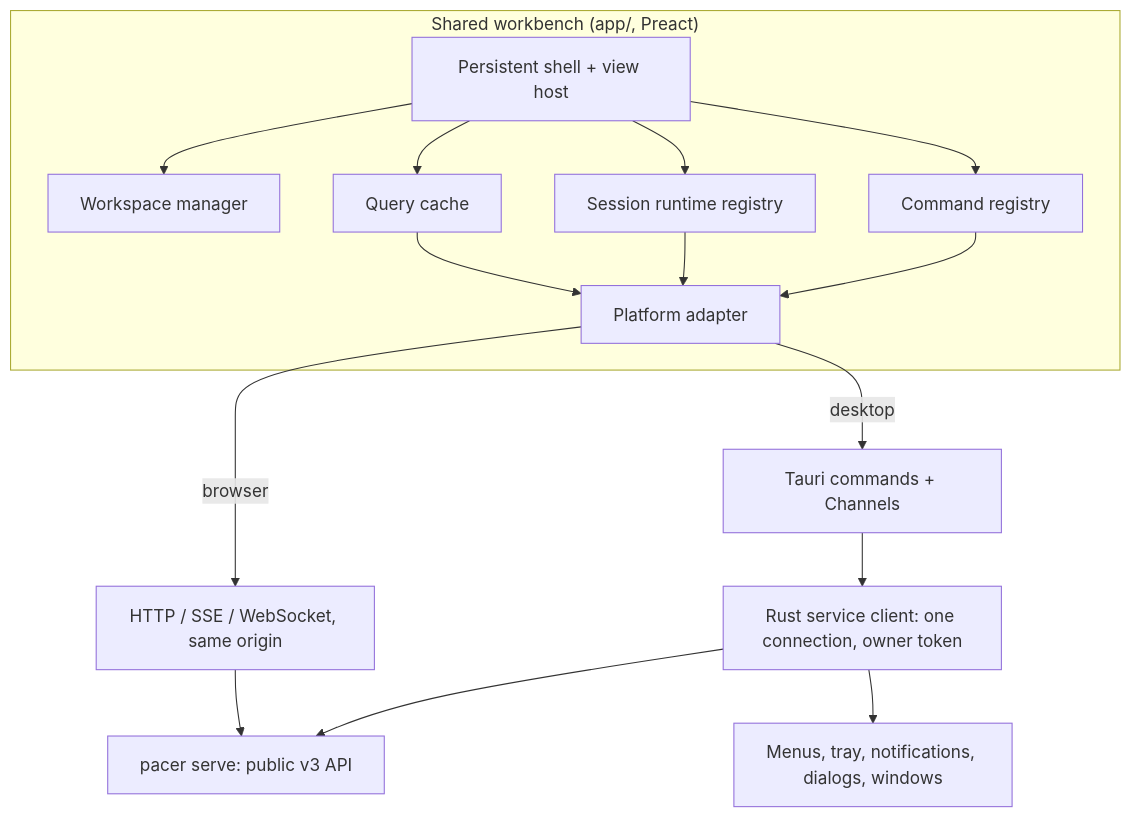
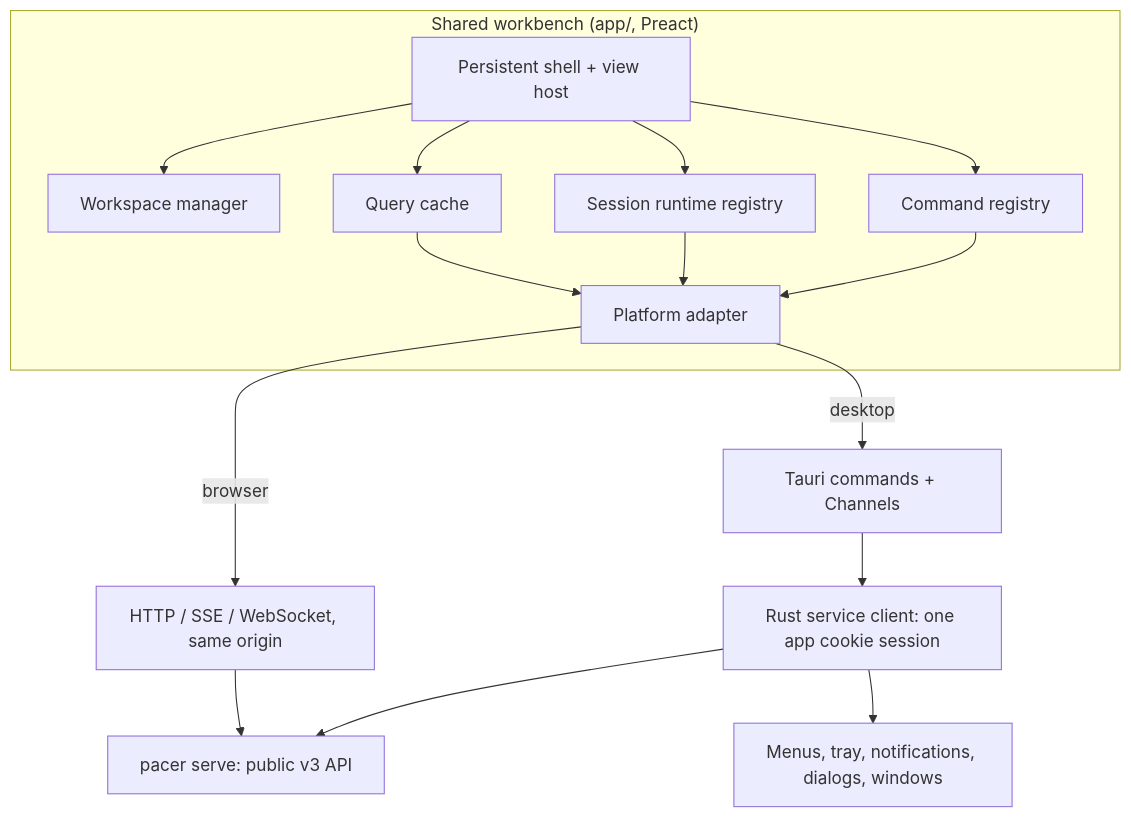
One commit to lamtuanvu/pacer changed the diagram in docs/specs/2026-10-31-persistent-workbench-design.md. Above: the diagram before and after it, drawn with Mermaid. The commit also changed other lines of this file, not shown here.

First line of the commit message:
docs: forward desktop page calls over the app session; SEC-8 amendment path (#527)

````diff
--- a/docs/specs/2026-10-31-persistent-workbench-design.md
+++ b/docs/specs/2026-10-31-persistent-workbench-design.md
@@ -87,19 +88,19 @@
 ```mermaid
 flowchart TB
   subgraph Page["Shared workbench (app/, Preact)"]
     SHELL["Persistent shell + view host"]
     WM["Workspace manager"]
     Q["Query cache"]
     RT["Session runtime registry"]
     CMD["Command registry"]
     PA["Platform adapter"]
     SHELL --> WM & Q & RT & CMD
     Q & RT & CMD --> PA
   end
   PA -->|browser| HTTP["HTTP / SSE / WebSocket, same origin"]
   PA -->|desktop| IPC["Tauri commands + Channels"]
-  IPC --> RUST["Rust service client: one connection, owner token"]
+  IPC --> RUST["Rust service client: one app cookie session"]
   RUST --> OS["Menus, tray, notifications, dialogs, windows"]
   HTTP --> SVC["pacer serve: public v3 API"]
   RUST --> SVC
 ```
````
